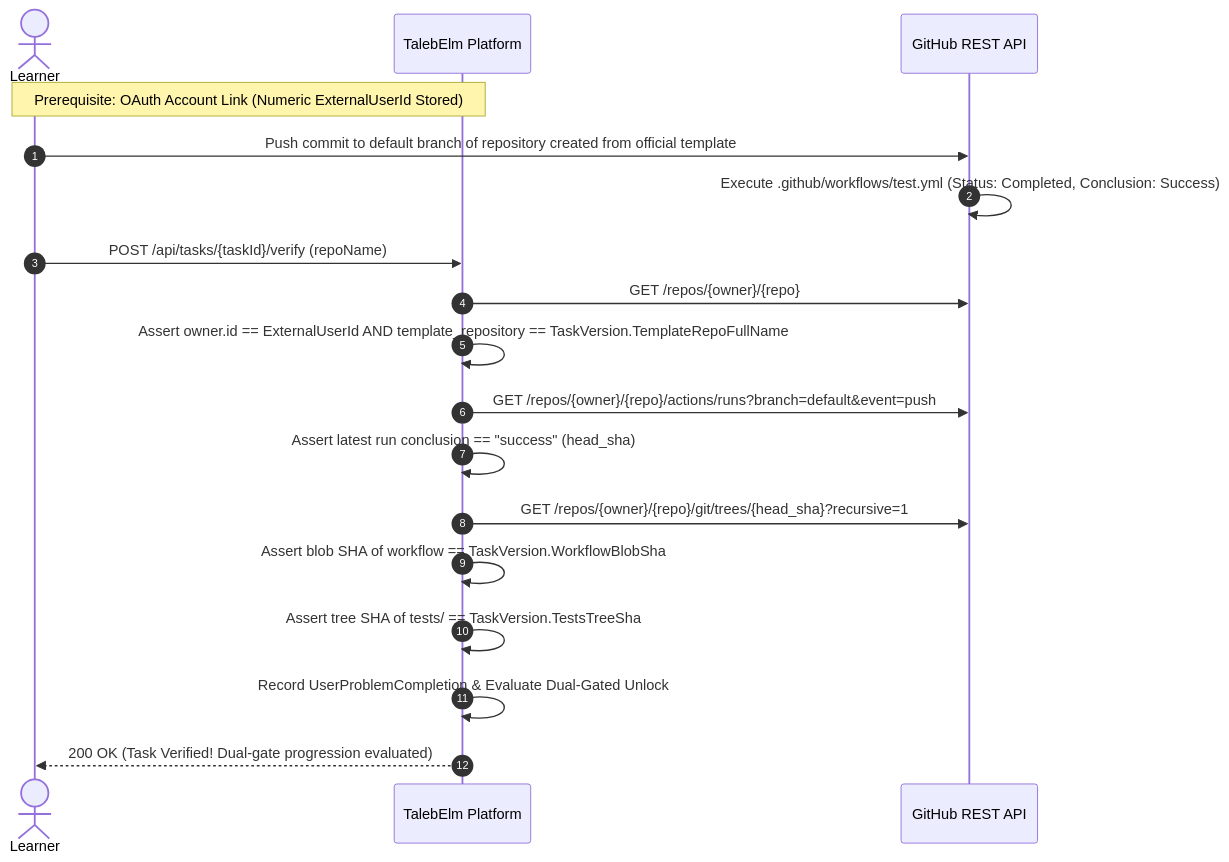
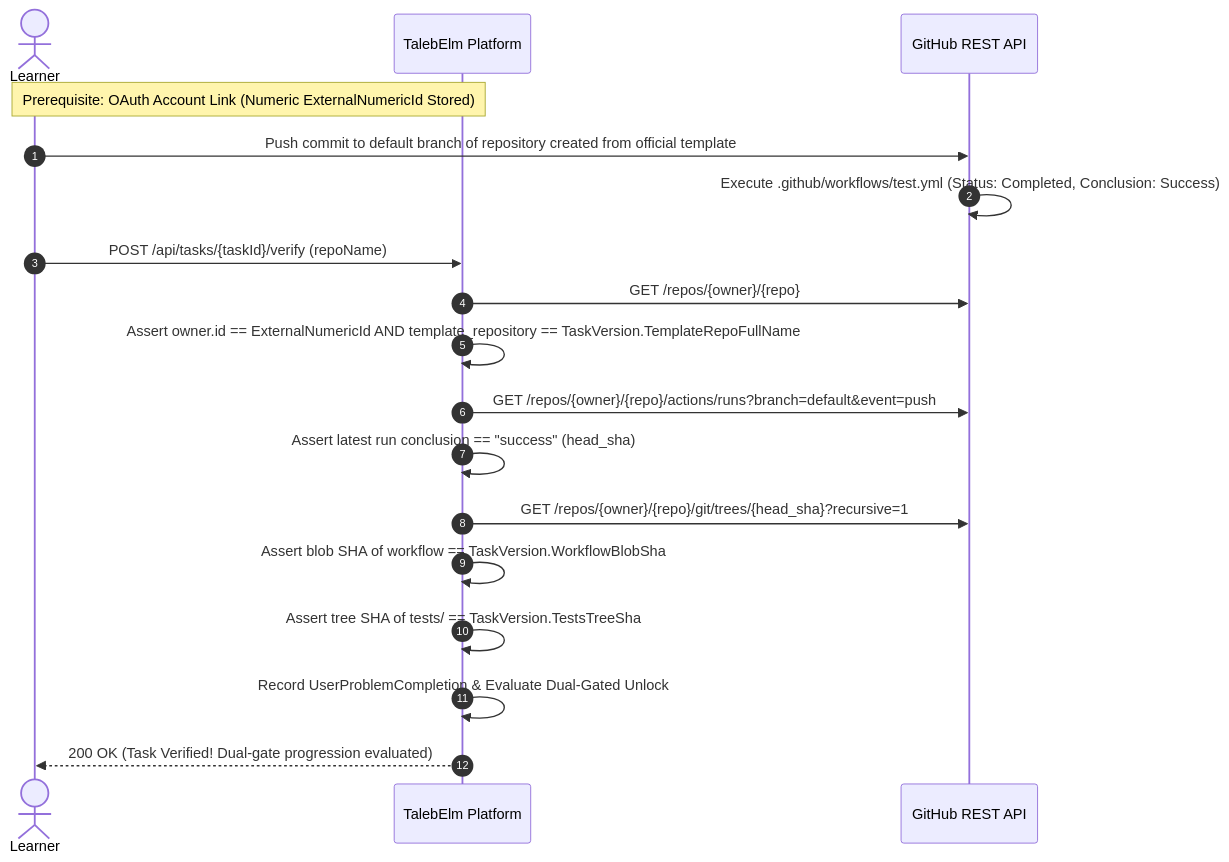
One commit to Tawjjeh/TalebElm changed the seventh of 9 diagrams in docs/business/WORKFLOWS.md. Above: the diagram before and after it, drawn with Mermaid. The commit also changed 8 other files, not shown here.

Commit message:
docs: align external-account naming and the capstone contract (#500)

````diff
--- a/docs/business/WORKFLOWS.md
+++ b/docs/business/WORKFLOWS.md
@@ -145,21 +145,21 @@
 ```mermaid
 sequenceDiagram
     autonumber
     actor Learner
     participant Platform as TalebElm Platform
     participant GH as GitHub REST API
 
-    Note over Learner,Platform: Prerequisite: OAuth Account Link (Numeric ExternalUserId Stored)
+    Note over Learner,Platform: Prerequisite: OAuth Account Link (Numeric ExternalNumericId Stored)
     Learner->>GH: Push commit to default branch of repository created from official template
     GH->>GH: Execute .github/workflows/test.yml (Status: Completed, Conclusion: Success)
     Learner->>Platform: POST /api/tasks/{taskId}/verify (repoName)
     Platform->>GH: GET /repos/{owner}/{repo}
-    Platform->>Platform: Assert owner.id == ExternalUserId AND template_repository == TaskVersion.TemplateRepoFullName
+    Platform->>Platform: Assert owner.id == ExternalNumericId AND template_repository == TaskVersion.TemplateRepoFullName
     Platform->>GH: GET /repos/{owner}/{repo}/actions/runs?branch=default&event=push
     Platform->>Platform: Assert latest run conclusion == "success" (head_sha)
     Platform->>GH: GET /repos/{owner}/{repo}/git/trees/{head_sha}?recursive=1
     Platform->>Platform: Assert blob SHA of workflow == TaskVersion.WorkflowBlobSha
     Platform->>Platform: Assert tree SHA of tests/ == TaskVersion.TestsTreeSha
     Platform->>Platform: Record UserProblemCompletion & Evaluate Dual-Gated Unlock
     Platform-->>Learner: 200 OK (Task Verified! Dual-gate progression evaluated)
 ```
````
